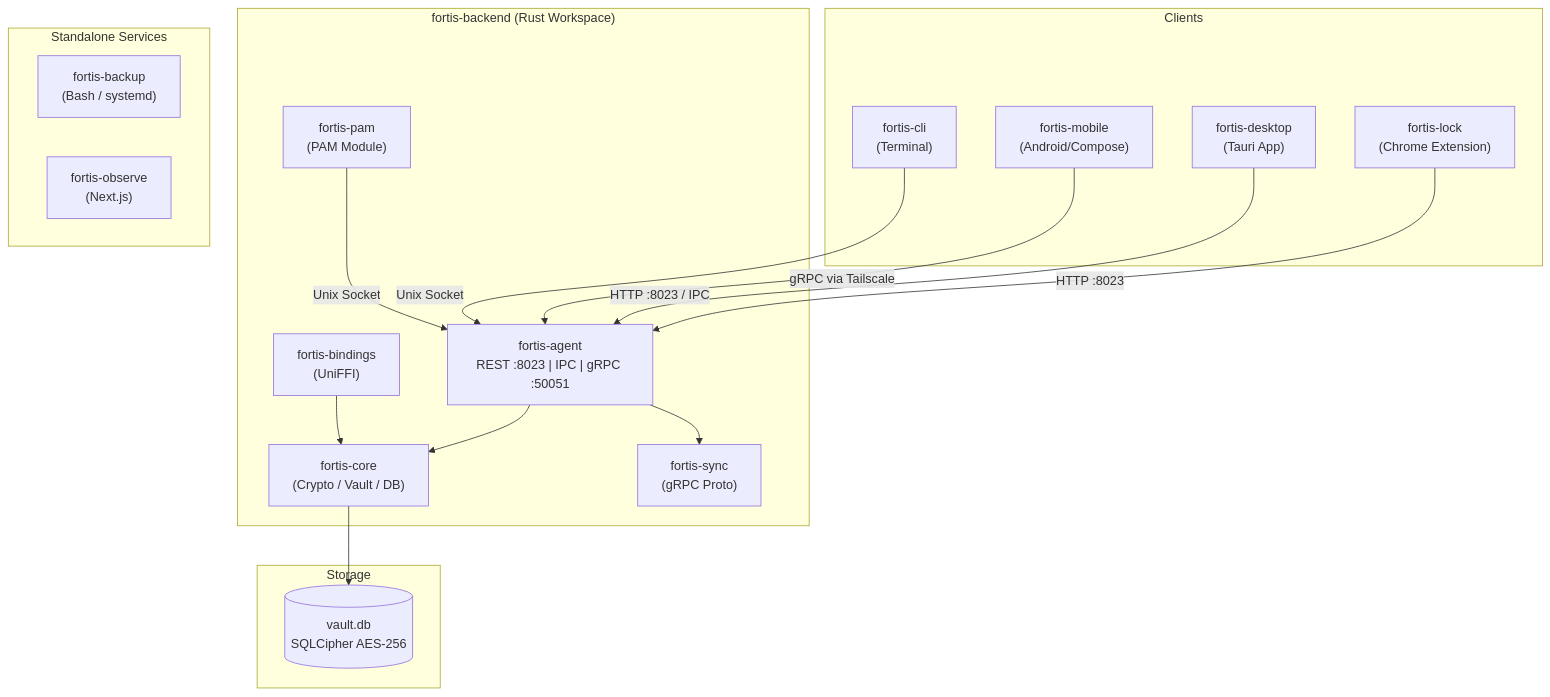
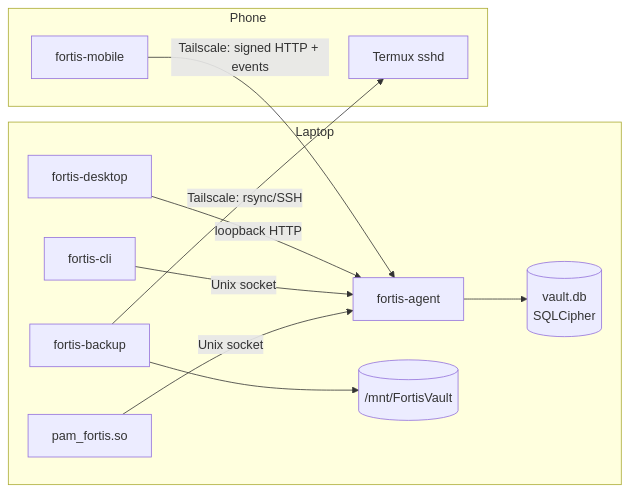
Before and after one commit to Fortis-OS/fortis-ecosystem: the diagram in docs/README.md, drawn with Mermaid. The commit also changed other lines of this file and 9 other files, not shown here.

````diff
--- a/docs/README.md
+++ b/docs/README.md
@@ -13,37 +30,16 @@
 ```mermaid
-graph TD
-    subgraph Clients
-        LOCK["fortis-lock<br/>(Chrome Extension)"]
-        DESKTOP["fortis-desktop<br/>(Tauri App)"]
-        MOBILE["fortis-mobile<br/>(Android/Compose)"]
-        CLI["fortis-cli<br/>(Terminal)"]
+graph LR
+    subgraph Laptop
+        DESKTOP["fortis-desktop"] -- loopback HTTP --> AGENT
+        CLI["fortis-cli"] -- Unix socket --> AGENT
+        PAM["pam_fortis.so"] -- Unix socket --> AGENT
+        AGENT["fortis-agent"] --> DB[("vault.db<br/>SQLCipher")]
+        BACKUP["fortis-backup"] --> DRIVE[("/mnt/FortisVault")]
     end
-
-    subgraph "fortis-backend (Rust Workspace)"
-        AGENT["fortis-agent<br/>REST :8023 | IPC | gRPC :50051"]
-        CORE["fortis-core<br/>(Crypto / Vault / DB)"]
-        SYNC["fortis-sync<br/>(gRPC Proto)"]
-        PAM["fortis-pam<br/>(PAM Module)"]
-        BINDINGS["fortis-bindings<br/>(UniFFI)"]
+    subgraph Phone
+        MOBILE["fortis-mobile"]
+        TERMUX["Termux sshd"]
     end
-
-    subgraph "Standalone Services"
-        BACKUP["fortis-backup<br/>(Bash / systemd)"]
-        OBSERVE["fortis-observe<br/>(Next.js)"]
-    end
-
-    subgraph Storage
-        DB[("vault.db<br/>SQLCipher AES-256")]
-    end
-
-    LOCK -- "HTTP :8023" --> AGENT
-    DESKTOP -- "HTTP :8023 / IPC" --> AGENT
-    MOBILE -- "gRPC via Tailscale" --> AGENT
-    CLI -- "Unix Socket" --> AGENT
-    PAM -- "Unix Socket" --> AGENT
-
-    AGENT --> CORE
-    AGENT --> SYNC
-    CORE --> DB
-    BINDINGS --> CORE
+    MOBILE -- "Tailscale: signed HTTP + events" --> AGENT
+    BACKUP -- "Tailscale: rsync/SSH" --> TERMUX
 ```
````
